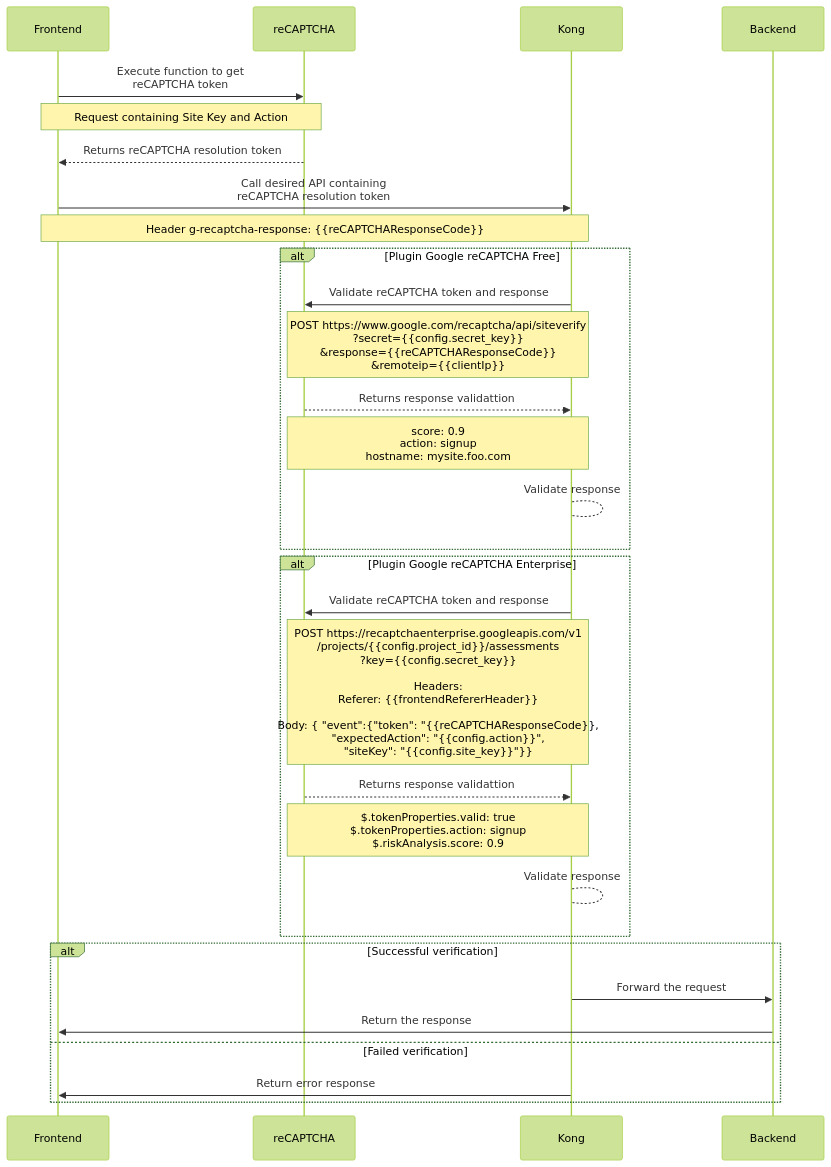
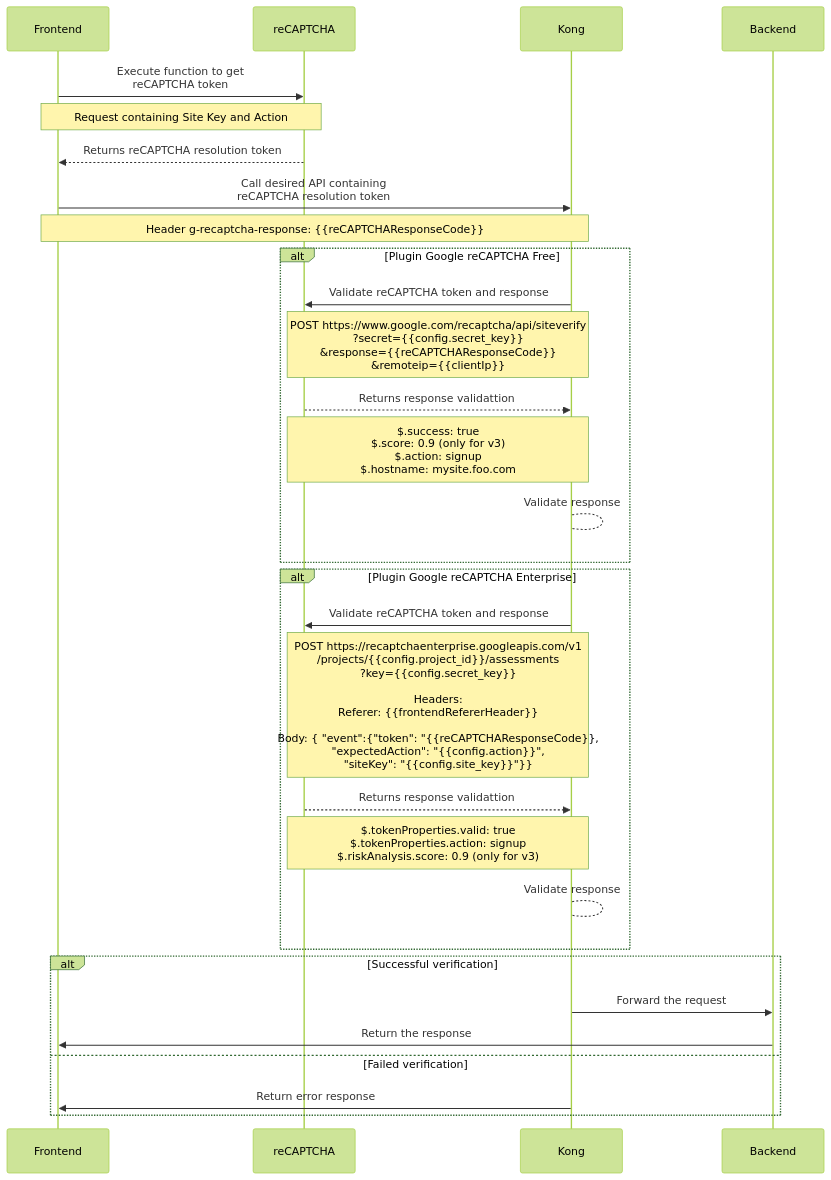
The diagram in README.md (gustoliv/kong-google-recaptcha-plugin), drawn with Mermaid (forest theme) before and after one commit.

Commit message:
chore: Changing mermaid notes

````diff
--- a/README.md
+++ b/README.md
@@ -8,28 +8,28 @@
 ```mermaid
 sequenceDiagram
   Frontend ->> reCAPTCHA: Execute function to get<br/>reCAPTCHA token
   Note over Frontend,reCAPTCHA: Request containing Site Key and Action
   reCAPTCHA -->> Frontend: Returns reCAPTCHA resolution token
   Frontend ->> Kong: Call desired API containing <br/>reCAPTCHA resolution token
   Note over Frontend,Kong: Header g-recaptcha-response: {{reCAPTCHAResponseCode}}
   alt Plugin Google reCAPTCHA Free
   Kong ->> reCAPTCHA: Validate reCAPTCHA token and response
   Note over Kong,reCAPTCHA: POST https://www.google.com/recaptcha/api/siteverify<br/>?secret={{config.secret_key}}<br/>&response={{reCAPTCHAResponseCode}}<br/>&remoteip={{clientIp}}
   reCAPTCHA -->> Kong: Returns response validattion
-  Note over reCAPTCHA,Kong: score: 0.9<br/>action: signup<br/>hostname: mysite.foo.com
+  Note over reCAPTCHA,Kong: $.success: true<br>$.score: 0.9 (only for v3)<br/>$.action: signup<br/>$.hostname: mysite.foo.com
   Kong --> Kong: Validate response
   end
   alt Plugin Google reCAPTCHA Enterprise
   Kong ->> reCAPTCHA: Validate reCAPTCHA token and response
   Note over Kong,reCAPTCHA: POST https://recaptchaenterprise.googleapis.com/v1<br/>/projects/{{config.project_id}}/assessments<br/>?key={{config.secret_key}}<br/><br/>Headers:<br/>Referer: {{frontendRefererHeader}}<br/><br/>Body: { "event":{"token": "{{reCAPTCHAResponseCode}},<br/>"expectedAction": "{{config.action}}",<br/> "siteKey": "{{config.site_key}}"}}
   reCAPTCHA -->> Kong: Returns response validattion
-  Note over reCAPTCHA,Kong: $.tokenProperties.valid: true<br/>$.tokenProperties.action: signup<br/>$.riskAnalysis.score: 0.9
+  Note over reCAPTCHA,Kong: $.tokenProperties.valid: true<br/>$.tokenProperties.action: signup<br/>$.riskAnalysis.score: 0.9 (only for v3)
   Kong --> Kong: Validate response
   end
   alt Successful verification
     Kong ->> Backend: Forward the request
     Backend ->> Frontend: Return the response
   else Failed verification
     Kong ->> Frontend: Return error response
   end
 ```
````
